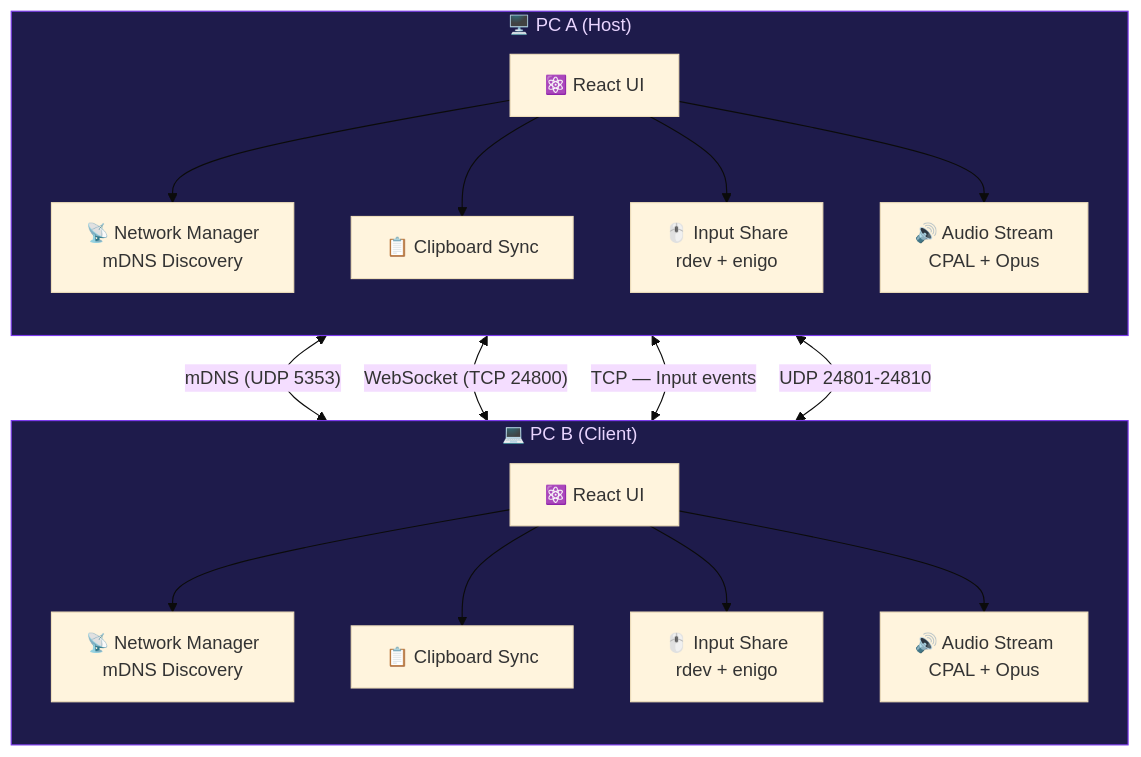
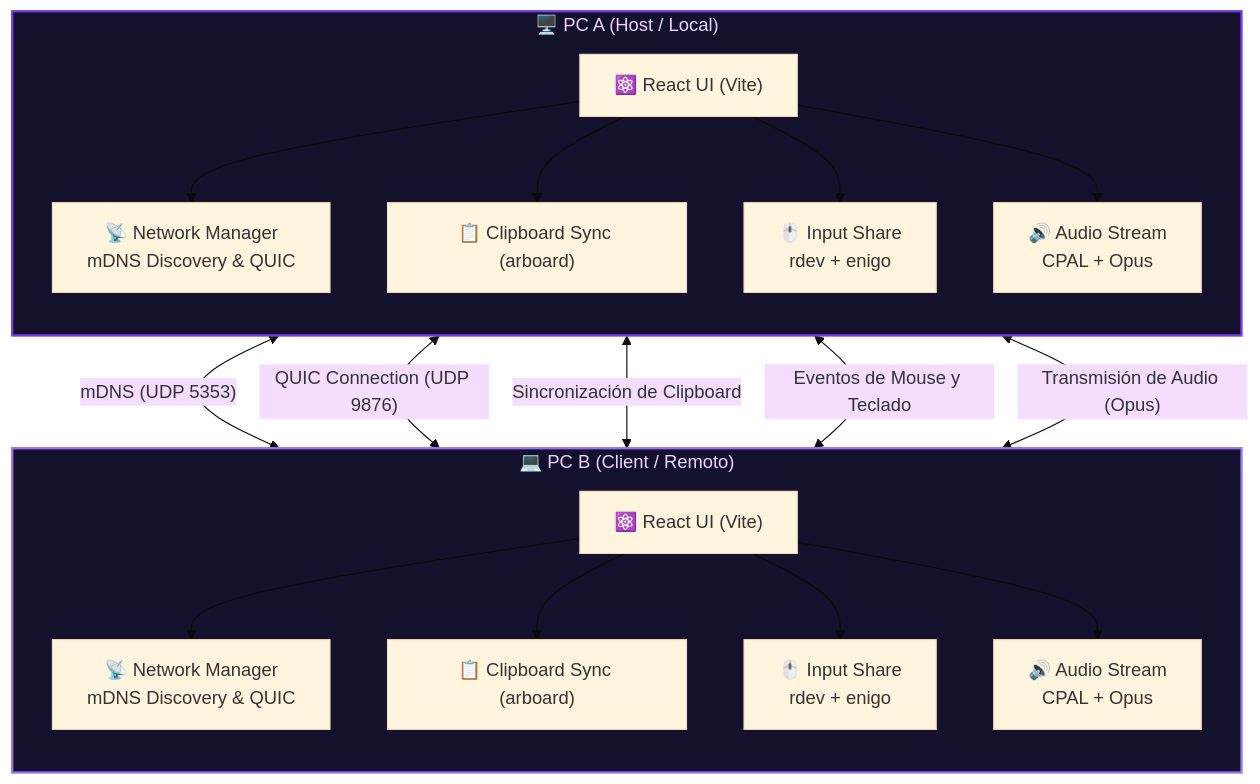
The diagram in README.md (ChronosXCore/pc-conector), drawn with Mermaid (base theme) before and after one commit. The commit also changed other lines of this file and 4 other files, not shown here.

````diff
--- a/README.md
+++ b/README.md
@@ -91,31 +101,32 @@
 ```mermaid
 graph TB
-    subgraph PCA["🖥️ PC A (Host)"]
+    subgraph PCA["🖥️ PC A (Host / Local)"]
         direction TB
-        A_UI["⚛️ React UI"]
-        A_NET["📡 Network Manager\nmDNS Discovery"]
-        A_CLIP["📋 Clipboard Sync"]
+        A_UI["⚛️ React UI (Vite)"]
+        A_NET["📡 Network Manager\nmDNS Discovery & QUIC"]
+        A_CLIP["📋 Clipboard Sync (arboard)"]
         A_INPUT["🖱️ Input Share\nrdev + enigo"]
         A_AUDIO["🔊 Audio Stream\nCPAL + Opus"]
     end
 
-    subgraph PCB["💻 PC B (Client)"]
+    subgraph PCB["💻 PC B (Client / Remoto)"]
         direction TB
-        B_UI["⚛️ React UI"]
-        B_NET["📡 Network Manager\nmDNS Discovery"]
-        B_CLIP["📋 Clipboard Sync"]
+        B_UI["⚛️ React UI (Vite)"]
+        B_NET["📡 Network Manager\nmDNS Discovery & QUIC"]
+        B_CLIP["📋 Clipboard Sync (arboard)"]
         B_INPUT["🖱️ Input Share\nrdev + enigo"]
         B_AUDIO["🔊 Audio Stream\nCPAL + Opus"]
     end
 
     A_NET <-->|"mDNS (UDP 5353)"| B_NET
-    A_CLIP <-->|"WebSocket (TCP 24800)"| B_CLIP
-    A_INPUT <-->|"TCP — Input events"| B_INPUT
-    A_AUDIO <-->|"UDP 24801-24810"| B_AUDIO
+    A_NET <-->|"QUIC Connection (UDP 9876)"| B_NET
+    A_CLIP <-->|"Sincronización de Clipboard"| B_CLIP
+    A_INPUT <-->|"Eventos de Mouse y Teclado"| B_INPUT
+    A_AUDIO <-->|"Transmisión de Audio (Opus)"| B_AUDIO
 
     A_UI --> A_NET & A_CLIP & A_INPUT & A_AUDIO
     B_UI --> B_NET & B_CLIP & B_INPUT & B_AUDIO
 
-    style PCA fill:#1e1b4b,stroke:#7c3aed,color:#e9d5ff
-    style PCB fill:#1e1b4b,stroke:#7c3aed,color:#e9d5ff
+    style PCA fill:#13112c,stroke:#7c3aed,color:#e9d5ff,stroke-width:2px
+    style PCB fill:#13112c,stroke:#9a72f3,color:#e9d5ff,stroke-width:2px
 ```
````
